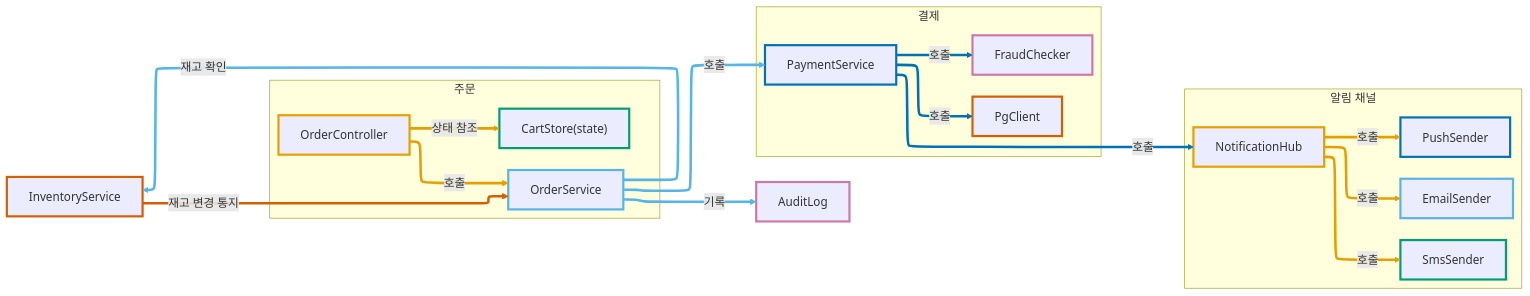
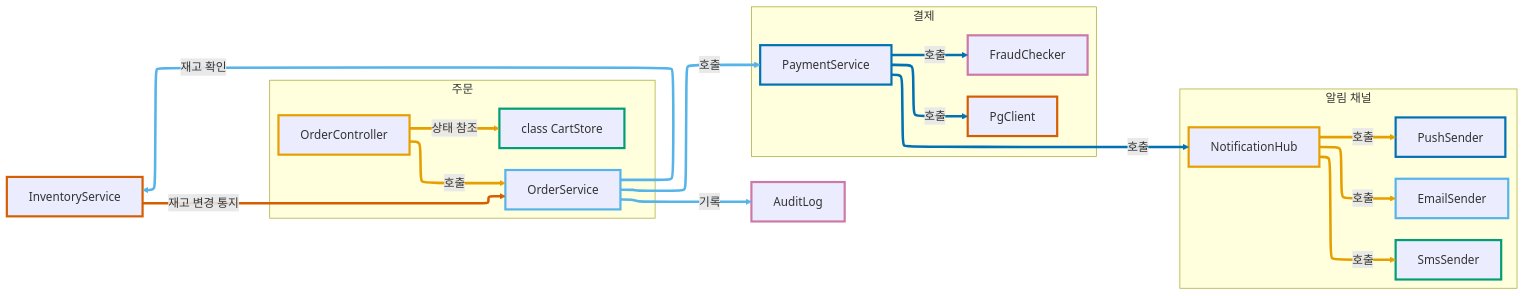
One commit to Kanmanemone/zenuml-skill changed the diagram in specs/009-hover-detail-panel/fixtures/view.default.expected.md. Above: the diagram before and after it, drawn with Mermaid. The commit also changed 15 other files, not shown here.

```diff
--- a/specs/009-hover-detail-panel/fixtures/view.default.expected.md
+++ b/specs/009-hover-detail-panel/fixtures/view.default.expected.md
@@ -18,7 +18,7 @@
     direction TB
     OrderController
     OrderService
-    CartStore@{ label: "CartStore(state)" }
+    CartStore@{ label: "class&nbsp;CartStore" }
   end
   subgraph Payment["결제"]
     direction TB
@@ -103,7 +103,7 @@
 
   click OrderController "../app/order/OrderController.kt" "<b>OrderController</b><br/><b>책임 (추상)</b>: 주문 요청을 받아 서비스로 넘긴다.<br/><b>역할 (구체)</b>: <code>POST /orders</code>를 받아 &quot;장바구니 확정&quot; 단계를 거친 뒤 <code>OrderService.create()</code>를 호출한다.<br/><br/><b>OrderService에 의존한다 (호출)</b><br/><b>책임의 경계</b>: <code>OrderController</code>는 요청을 받는다. <code>OrderService</code>는 주문 규칙을 안다.<br/><b>분리 이유 &amp; 합리성 평가</b>: HTTP 계층이 바뀌어도 주문 규칙은 그대로다.<br/><b>내가 할 수 있는 질문</b>: 입력 검증은 어디서 하는가? &quot;장바구니 확정&quot;은 누구의 책임인가?<br/><br/><b>CartStore에 의존한다 (상태 참조)</b><br/><b>책임의 경계</b>: <code>OrderController</code>는 상태를 읽는다. <code>CartStore</code>는 상태를 들고 있다.<br/><b>분리 이유 &amp; 합리성 평가</b>: 상태 보관과 요청 처리를 나눴다.<br/><b>내가 할 수 있는 질문</b>: 상태를 직접 바꾸지는 않는가?"
   click OrderService "../app/order/OrderService.kt" "<b>OrderService</b><br/><b>책임 (추상)</b>: 주문을 만들고 결제를 요청한다.<br/><b>역할 (구체)</b>: <code>create()</code>가 <code>List&lt;OrderLine&gt;</code>을 저장하고 <code>PaymentService.pay()</code>를 호출한다.<br/><br/><b>InventoryService와 서로 의존한다 (재고 확인)</b><br/><b>책임의 경계</b>: <code>OrderService</code>는 재고를 확인한다. <code>InventoryService</code>는 재고 변경을 알린다.<br/><b>분리 이유 &amp; 합리성 평가</b>: 재고는 다른 소비자도 쓴다. 서로 의존하므로 경계가 흐려질 수 있다.<br/><b>내가 할 수 있는 질문</b>: 통지를 이벤트로 바꿀 수 있는가?<br/><br/><b>PaymentService에 의존한다 (호출)</b><br/><b>책임의 경계</b>: <code>OrderService</code>는 결제를 요청한다. <code>PaymentService</code>는 승인한다.<br/><b>분리 이유 &amp; 합리성 평가</b>: 결제 수단 교체가 주문에 영향 없다.<br/><b>내가 할 수 있는 질문</b>: 결제 실패 시 주문 상태는 누가 되돌리는가?<br/><br/><b>AuditLog에 의존한다 (기록)</b><br/><b>책임의 경계</b>: <code>OrderService</code>는 이력을 넘긴다. <code>AuditLog</code>는 이력을 남긴다.<br/><b>분리 이유 &amp; 합리성 평가</b>: 감사 요구가 바뀌어도 주문은 그대로다.<br/><b>내가 할 수 있는 질문</b>: 기록 실패가 주문을 막는가?"
-  click CartStore "../app/order/CartStore.kt" "<b>CartStore(state)</b><br/><b>책임 (추상)</b>: 장바구니 상태를 들고 있다.<br/><b>역할 (구체)</b>: <code>items</code> 상태를 <code>OrderController</code>에 제공한다."
+  click CartStore "../app/order/CartStore.kt" "<b>CartStore</b><br/><b>책임 (추상)</b>: 장바구니 상태를 들고 있다.<br/><b>역할 (구체)</b>: <code>items</code> 상태를 <code>OrderController</code>에 제공한다."
   click PaymentService "https://github.com/example/shop/blob/main/payment/PaymentService.kt" "<b>PaymentService</b><br/><b>책임 (추상)</b>: 결제를 승인한다.<br/><b>역할 (구체)</b>: <code>pay()</code>가 PG 연동 문서의 절차대로 <code>PgClient</code>를 호출하고 결과를 <code>NotificationHub</code>에 넘긴다.<br/><br/><b>PgClient와 FraudChecker에 의존한다 (호출)</b><br/><b>책임의 경계</b>: <code>PaymentService</code>는 승인 절차를 정한다. <code>PgClient</code>는 통신을, <code>FraudChecker</code>는 판정을 맡는다.<br/><b>분리 이유 &amp; 합리성 평가</b>: PG 교체와 판정 기준 변경을 따로 할 수 있다.<br/><b>내가 할 수 있는 질문</b>: 판정은 승인 전에만 하는가?<br/><br/><b>NotificationHub에 의존한다 (호출)</b><br/><b>책임의 경계</b>: <code>PaymentService</code>는 결과를 만든다. <code>NotificationHub</code>는 결과를 보낸다.<br/><b>분리 이유 &amp; 합리성 평가</b>: 채널이 늘어도 결제는 그대로다.<br/><b>내가 할 수 있는 질문</b>: 알림을 비동기로 보내는가?"
   click PgClient "../app/payment/PgClient.kt" "<b>PgClient</b><br/><b>책임 (추상)</b>: 외부 PG와 통신한다.<br/><b>역할 (구체)</b>: <code>approve()</code>로 승인 요청을 보낸다."
   click FraudChecker "../app/payment/FraudChecker.kt" "<b>FraudChecker</b><br/><b>책임 (추상)</b>: 이상 거래를 걸러 낸다.<br/><b>역할 (구체)</b>: <code>check()</code>가 점수 &gt; 80이면 거절한다."
```
